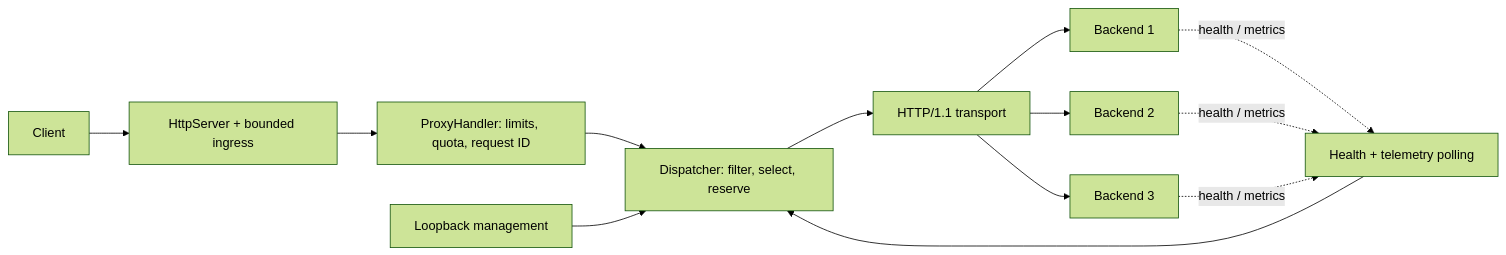
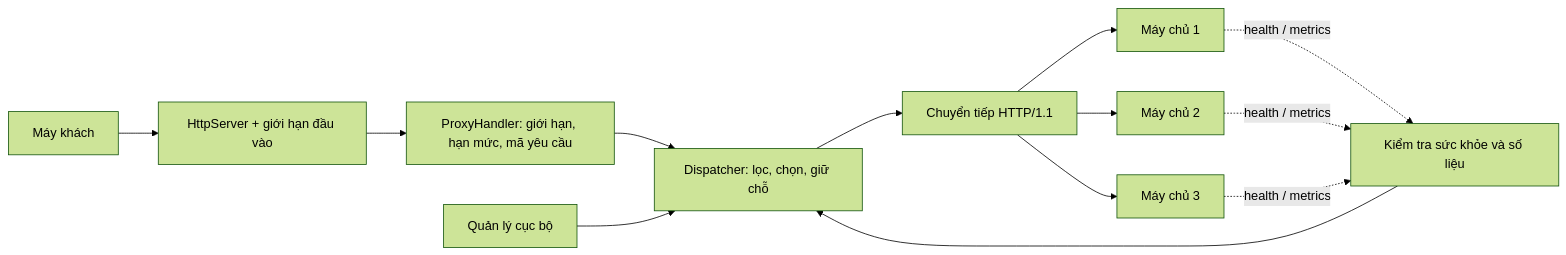
The diagram in README.md (nguyenvanquanghjhj/reverse-proxy), drawn with Mermaid (forest theme) before and after one commit. The commit also changed other lines of this file and 60 other files, not shown here.

````diff
--- a/README.md
+++ b/README.md
@@ -26,15 +26,15 @@
 ```mermaid
 flowchart LR
-    C[Client] --> I[HttpServer + bounded ingress]
-    I --> H[ProxyHandler: limits, quota, request ID]
-    H --> D[Dispatcher: filter, select, reserve]
-    D --> T[HTTP/1.1 transport]
-    T --> B1[Backend 1]
-    T --> B2[Backend 2]
-    T --> B3[Backend 3]
-    HC[Health + telemetry polling] --> D
+    C[Máy khách] --> I[HttpServer + giới hạn đầu vào]
+    I --> H[ProxyHandler: giới hạn, hạn mức, mã yêu cầu]
+    H --> D[Dispatcher: lọc, chọn, giữ chỗ]
+    D --> T[Chuyển tiếp HTTP/1.1]
+    T --> B1[Máy chủ 1]
+    T --> B2[Máy chủ 2]
+    T --> B3[Máy chủ 3]
+    HC[Kiểm tra sức khỏe và số liệu] --> D
     B1 -. health / metrics .-> HC
     B2 -. health / metrics .-> HC
     B3 -. health / metrics .-> HC
-    M[Loopback management] --> D
+    M[Quản lý cục bộ] --> D
 ```
````
